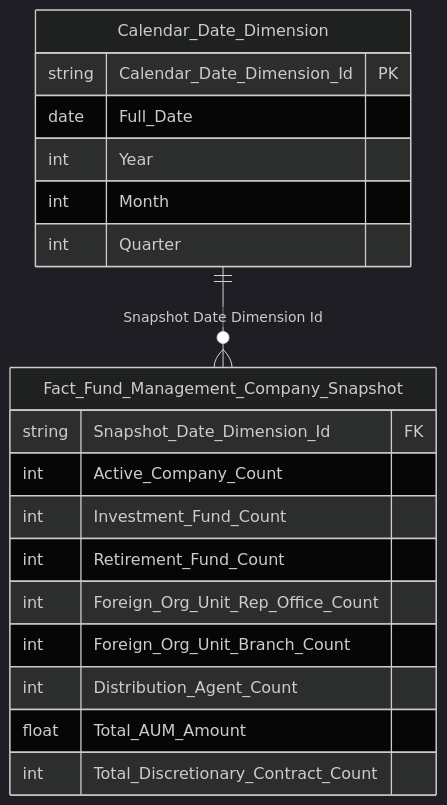
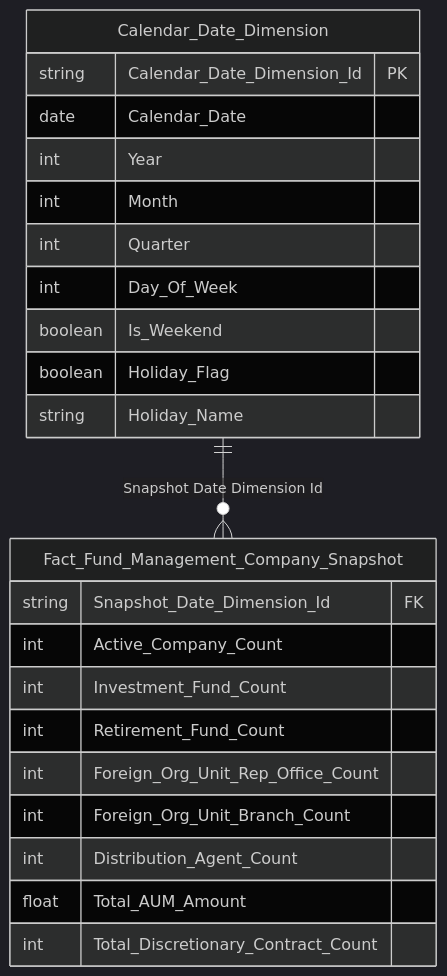
The tenth of 37 diagrams in Datamart/hld/DTM_FMS_HLD.md (linhlvit/ubck_atomic_design), drawn with Mermaid (dark theme) before and after one commit. The commit also changed other lines of this file and 10 other files, not shown here.

````diff
--- a/Datamart/hld/DTM_FMS_HLD.md
+++ b/Datamart/hld/DTM_FMS_HLD.md
@@ -446,23 +436,27 @@
 ```mermaid
 erDiagram
     Fact_Fund_Management_Company_Snapshot {
         string Snapshot_Date_Dimension_Id FK
         int Active_Company_Count
         int Investment_Fund_Count
         int Retirement_Fund_Count
         int Foreign_Org_Unit_Rep_Office_Count
         int Foreign_Org_Unit_Branch_Count
         int Distribution_Agent_Count
         float Total_AUM_Amount
         int Total_Discretionary_Contract_Count
     }
     Calendar_Date_Dimension {
         string Calendar_Date_Dimension_Id PK
-        date Full_Date
+        date Calendar_Date
         int Year
         int Month
         int Quarter
+        int Day_Of_Week
+        boolean Is_Weekend
+        boolean Holiday_Flag
+        string Holiday_Name
     }
 
     Calendar_Date_Dimension ||--o{ Fact_Fund_Management_Company_Snapshot : "Snapshot Date Dimension Id"
 ```
````
